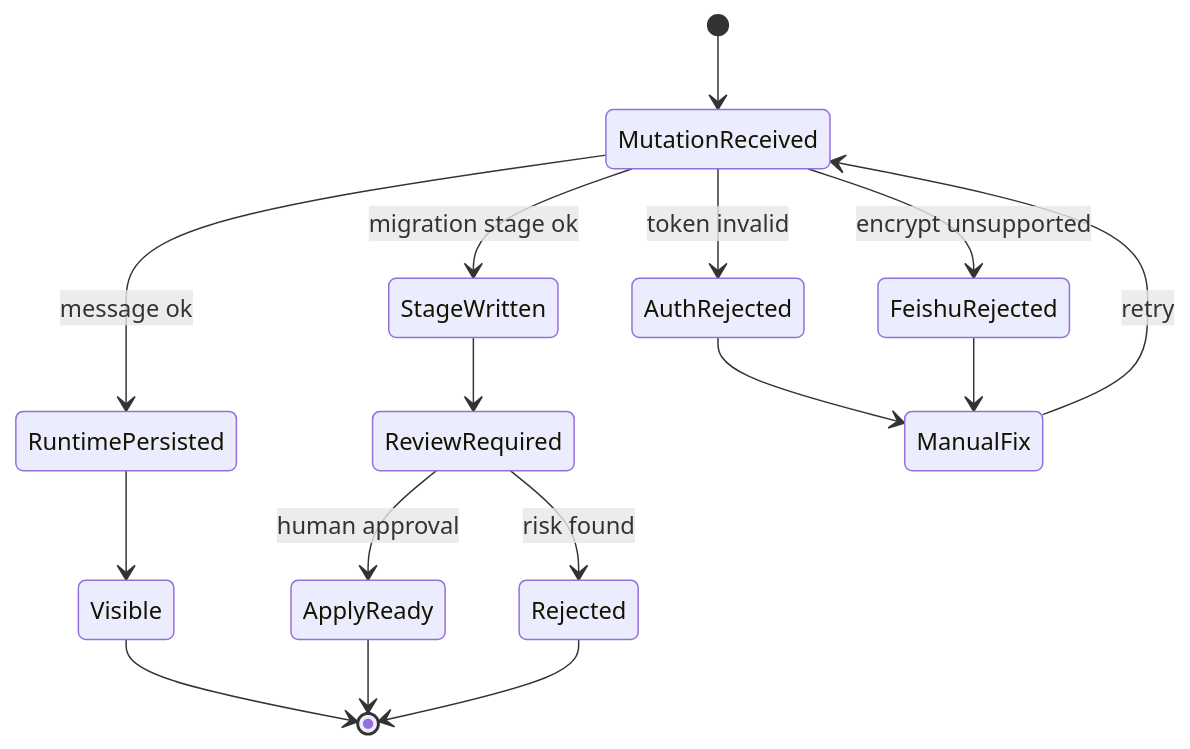
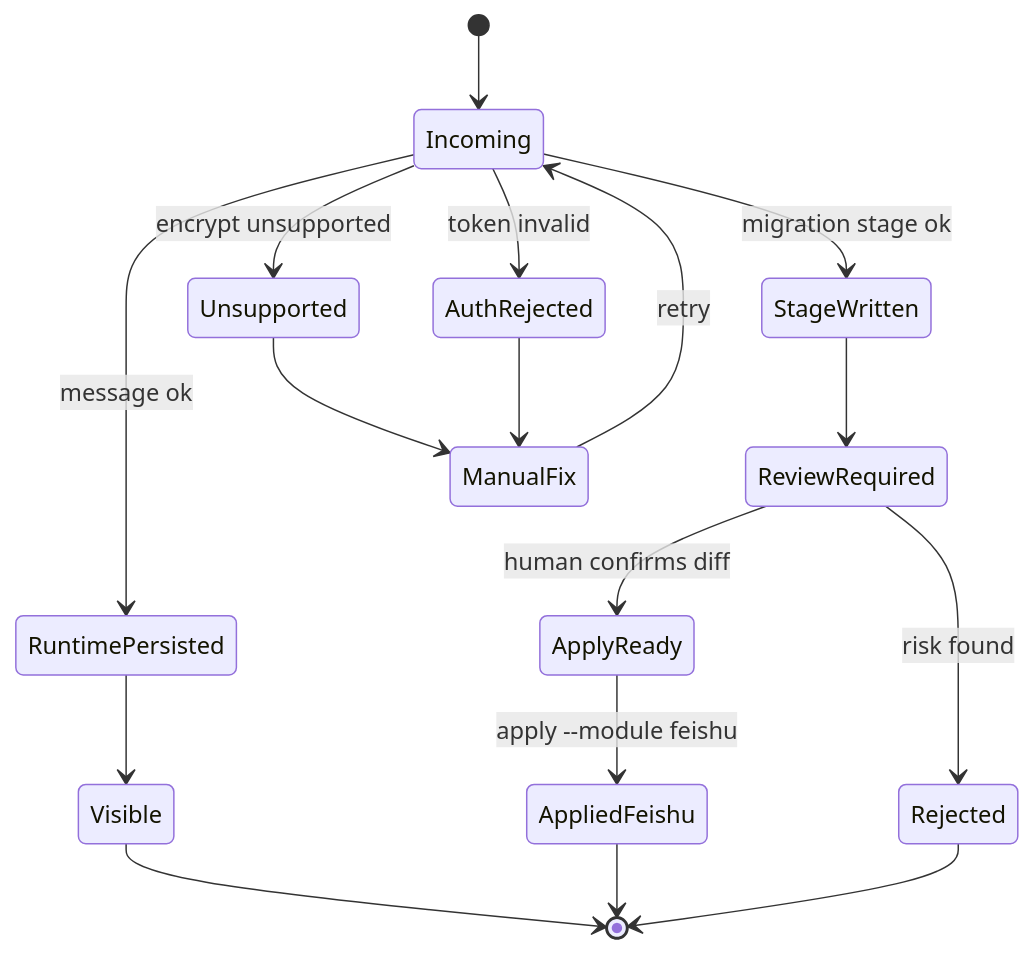
One commit to mayf3/myclaw changed the fifth of 8 diagrams in docs/implementation-architecture.md. Above: the diagram before and after it, drawn with Mermaid. The commit also changed other lines of this file and 22 other files, not shown here.

````diff
--- a/docs/implementation-architecture.md
+++ b/docs/implementation-architecture.md
@@ -170,18 +186,19 @@
 ```mermaid
 stateDiagram-v2
-  [*] --> MutationReceived
-  MutationReceived --> AuthRejected: token invalid
-  MutationReceived --> FeishuRejected: encrypt unsupported
-  MutationReceived --> RuntimePersisted: message ok
-  MutationReceived --> StageWritten: migration stage ok
+  [*] --> Incoming
+  Incoming --> AuthRejected: token invalid
+  Incoming --> Unsupported: encrypt unsupported
+  Incoming --> RuntimePersisted: message ok
+  Incoming --> StageWritten: migration stage ok
   RuntimePersisted --> Visible
   StageWritten --> ReviewRequired
-  ReviewRequired --> ApplyReady: human approval
+  ReviewRequired --> ApplyReady: human confirms diff
+  ApplyReady --> AppliedFeishu: apply --module feishu
   ReviewRequired --> Rejected: risk found
+  Unsupported --> ManualFix
   AuthRejected --> ManualFix
-  FeishuRejected --> ManualFix
-  ManualFix --> MutationReceived: retry
+  ManualFix --> Incoming: retry
   Visible --> [*]
-  ApplyReady --> [*]
+  AppliedFeishu --> [*]
   Rejected --> [*]
 ```
````
